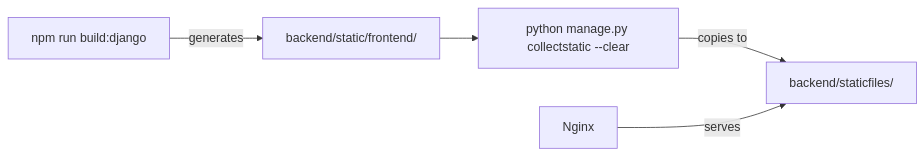
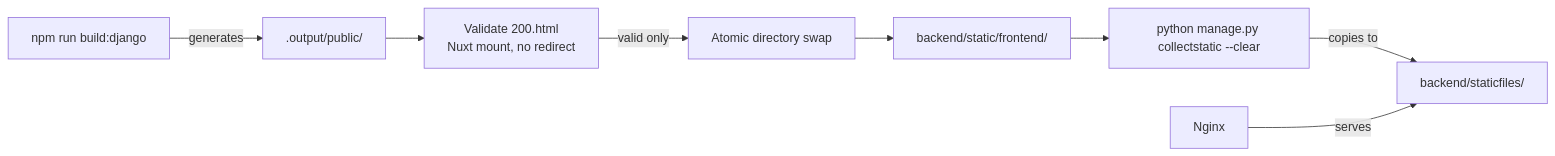
One commit to gustavop-dev/projectapp changed diagram 14 of 21 in docs/methodology/architecture.md. Above: the diagram before and after it, drawn with Mermaid. The commit also changed other lines of this file and 11 other files, not shown here.

Commit message:
fix: restore Nuxt SPA fallback (#291)

````diff
--- a/docs/methodology/architecture.md
+++ b/docs/methodology/architecture.md
@@ -849,9 +849,12 @@
 ```mermaid
 flowchart LR
     NuxtBuild["npm run build:django"]
-    NuxtBuild -->|generates| StaticFrontend["backend/static/frontend/"]
+    NuxtBuild -->|generates| NuxtOutput[".output/public/"]
+    NuxtOutput --> FallbackGate["Validate 200.html<br/>Nuxt mount, no redirect"]
+    FallbackGate -->|valid only| AtomicSwap["Atomic directory swap"]
+    AtomicSwap --> StaticFrontend["backend/static/frontend/"]
     CollectStatic["python manage.py collectstatic --clear"]
     StaticFrontend --> CollectStatic
     CollectStatic -->|copies to| StaticFiles["backend/staticfiles/"]
     Nginx -->|serves| StaticFiles
 ```
````
